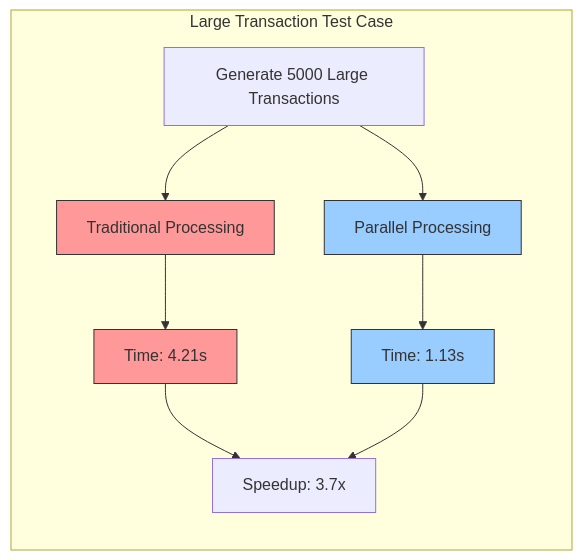
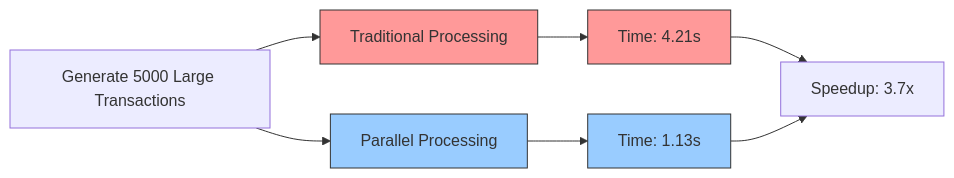
One commit to Final-Project-13520137/avalanche-parallel changed the seventh of 10 diagrams in README.md. Above: the diagram before and after it, drawn with Mermaid. The commit also changed other lines of this file, not shown here.

Commit message:
fix readme graph diagram testing again

````diff
--- a/README.md
+++ b/README.md
@@ -603,19 +597,16 @@
 ```mermaid
 flowchart LR
-    subgraph LargeTX[Large Transaction Test Case]
-        direction TB
-        LTX_Gen[Generate 5000 Large Transactions] --> LTX_T[Traditional Processing]
-        LTX_Gen --> LTX_P[Parallel Processing]
-        
-        LTX_T --> LTX_TR[Time: 4.21s]
-        LTX_P --> LTX_PR[Time: 1.13s]
-        
-        LTX_TR & LTX_PR --> LTX_Comp[Speedup: 3.7x]
-    end
+    LTX_Gen[Generate 5000 Large Transactions] --> LTX_T[Traditional Processing]
+    LTX_Gen --> LTX_P[Parallel Processing]
+    
+    LTX_T --> LTX_TR[Time: 4.21s]
+    LTX_P --> LTX_PR[Time: 1.13s]
+    
+    LTX_TR & LTX_PR --> LTX_Comp[Speedup: 3.7x]
     
     classDef traditional fill:#FF9999,stroke:#333,stroke-width:1px
     classDef parallel fill:#99CCFF,stroke:#333,stroke-width:1px
     
     class LTX_T,LTX_TR traditional
     class LTX_P,LTX_PR parallel
 ```
````
